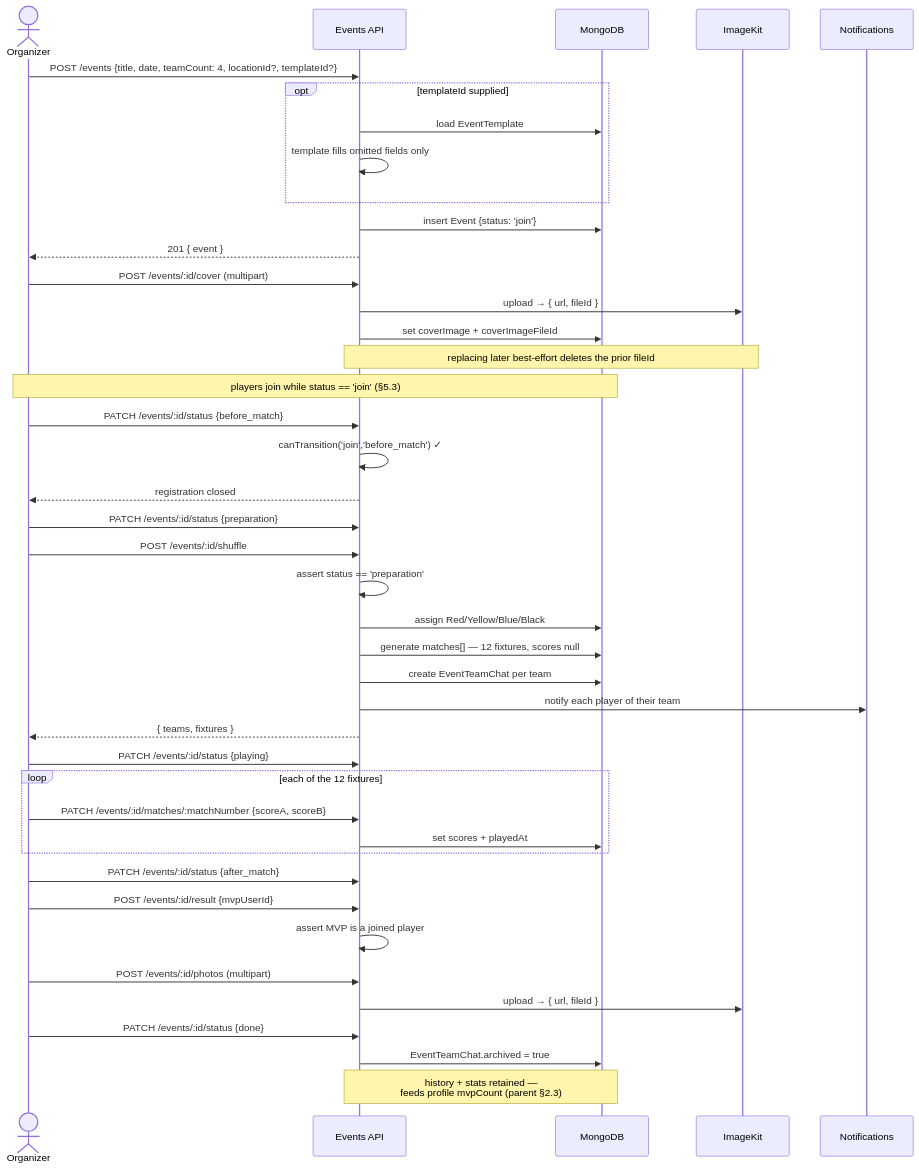
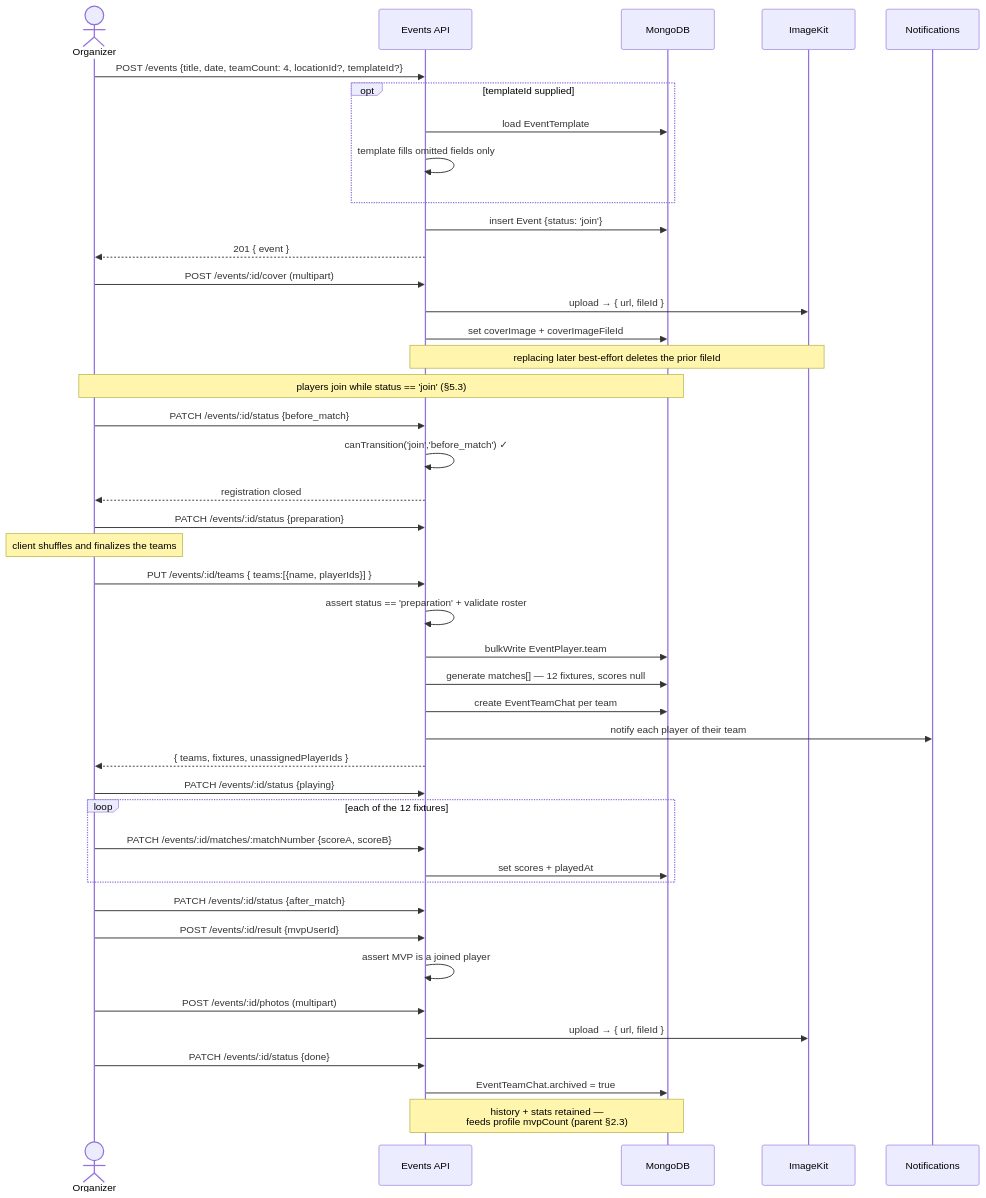
The diagram in docs/superpowers/diagrams/events-5-2-organizer-happy-path.mmd (heinlinaung/kickr_backend), drawn with Mermaid before and after one commit. The commit also changed 6 other files, not shown here.

First line of the commit message:
docs(events): client performs the shuffle; server validates submitted teams

```diff
--- a/docs/superpowers/diagrams/events-5-2-organizer-happy-path.mmd
+++ b/docs/superpowers/diagrams/events-5-2-organizer-happy-path.mmd
@@ -1,53 +1,54 @@
 %% 5.2 Organizer happy path — create to archive
 %% Source of truth for this diagram. Rendered from ../specs/2026-08-03-events-feature-spec.md §5.2
 %% Edit here, not in the spec — the spec links to this file.
 sequenceDiagram
     actor O as Organizer
     participant API as Events API
     participant DB as MongoDB
     participant IK as ImageKit
     participant N as Notifications
 
     O->>API: POST /events {title, date, teamCount: 4, locationId?, templateId?}
     opt templateId supplied
         API->>DB: load EventTemplate
         API->>API: template fills omitted fields only
     end
     API->>DB: insert Event {status: 'join'}
     API-->>O: 201 { event }
 
     O->>API: POST /events/:id/cover (multipart)
     API->>IK: upload → { url, fileId }
     API->>DB: set coverImage + coverImageFileId
     Note over API,IK: replacing later best-effort deletes the prior fileId
 
     Note over O,DB: players join while status == 'join' (§5.3)
 
     O->>API: PATCH /events/:id/status {before_match}
     API->>API: canTransition('join','before_match') ✓
     API-->>O: registration closed
 
     O->>API: PATCH /events/:id/status {preparation}
-    O->>API: POST /events/:id/shuffle
-    API->>API: assert status == 'preparation'
-    API->>DB: assign Red/Yellow/Blue/Black
+    Note over O: client shuffles and finalizes the teams
+    O->>API: PUT /events/:id/teams { teams:[{name, playerIds}] }
+    API->>API: assert status == 'preparation' + validate roster
+    API->>DB: bulkWrite EventPlayer.team
     API->>DB: generate matches[] — 12 fixtures, scores null
     API->>DB: create EventTeamChat per team
     API->>N: notify each player of their team
-    API-->>O: { teams, fixtures }
+    API-->>O: { teams, fixtures, unassignedPlayerIds }
 
     O->>API: PATCH /events/:id/status {playing}
     loop each of the 12 fixtures
         O->>API: PATCH /events/:id/matches/:matchNumber {scoreA, scoreB}
         API->>DB: set scores + playedAt
     end
 
     O->>API: PATCH /events/:id/status {after_match}
     O->>API: POST /events/:id/result {mvpUserId}
     API->>API: assert MVP is a joined player
     O->>API: POST /events/:id/photos (multipart)
     API->>IK: upload → { url, fileId }
 
     O->>API: PATCH /events/:id/status {done}
     API->>DB: EventTeamChat.archived = true
     Note over API,DB: history + stats retained —<br/>feeds profile mvpCount (parent §2.3)
```
